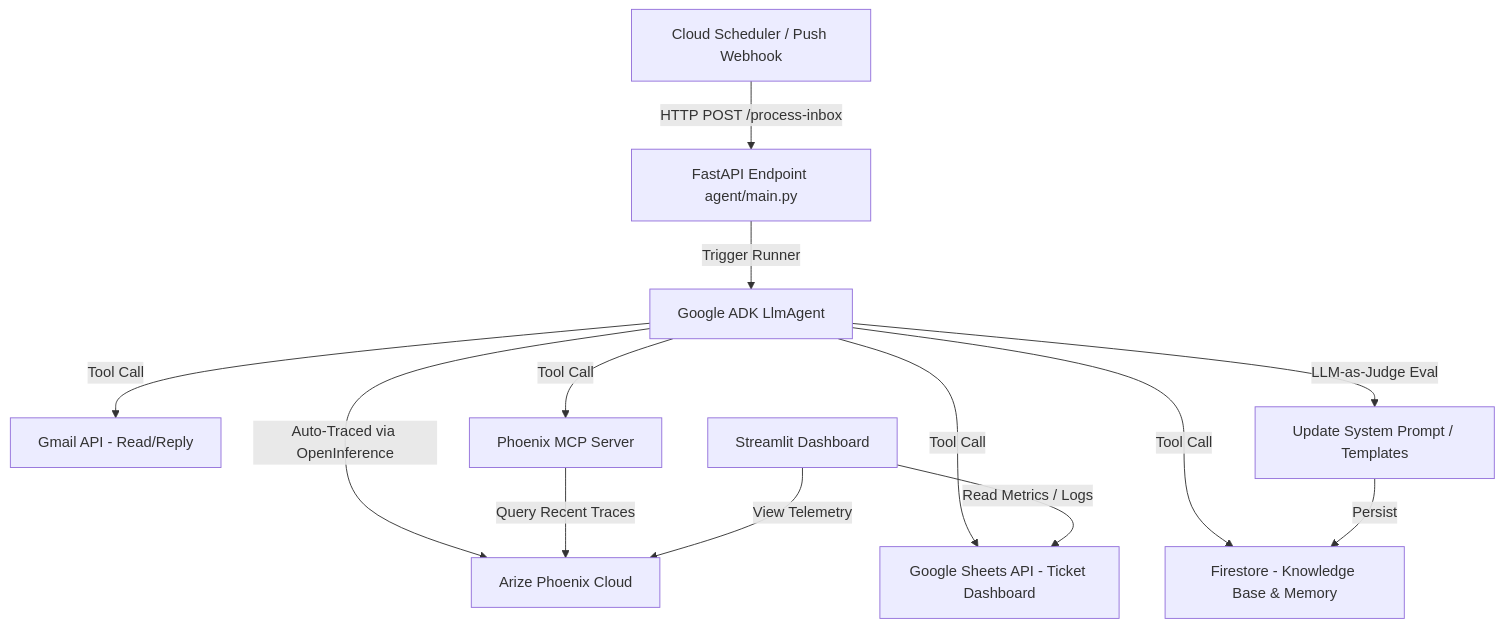
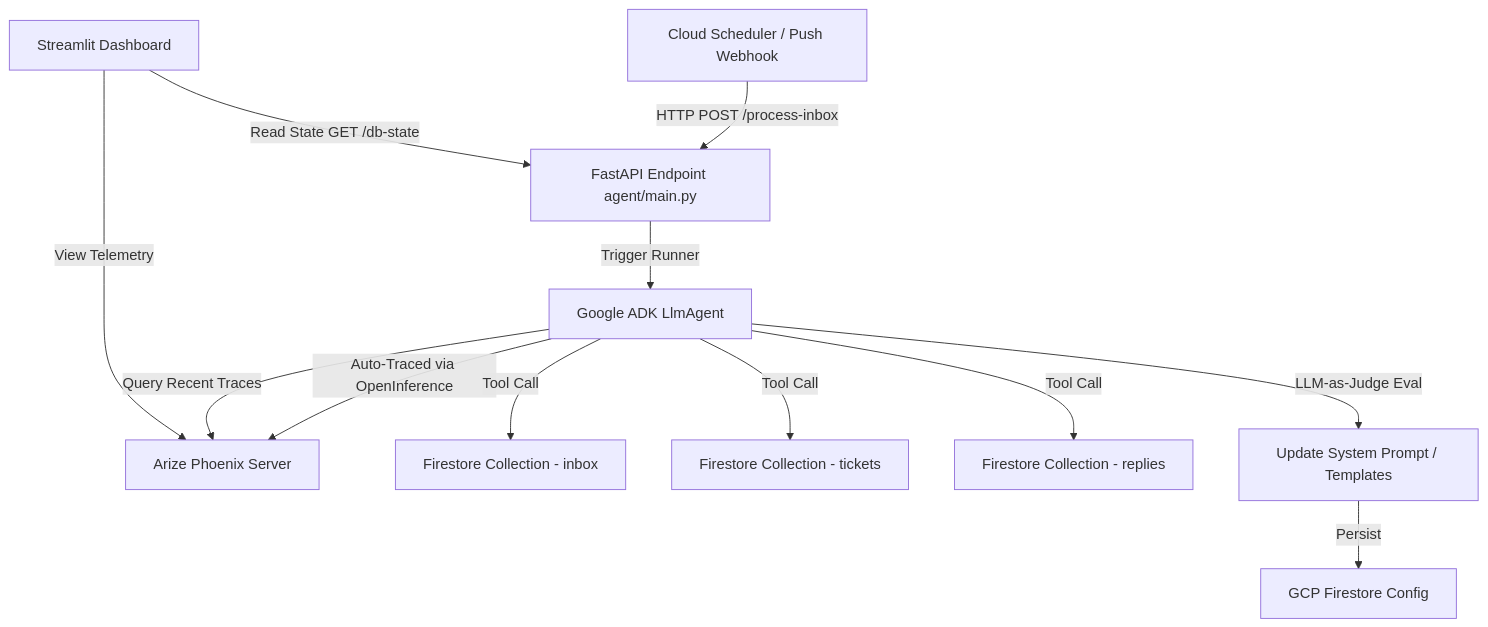
One commit to kunalkukrejadotcom/autonomous-it-support-inbox-guardian changed the diagram in README.md. Above: the diagram before and after it, drawn with Mermaid. The commit also changed other lines of this file, not shown here.

````diff
--- a/README.md
+++ b/README.md
@@ -58,16 +57,15 @@
 ```mermaid
 graph TD
     A[Cloud Scheduler / Push Webhook] -->|HTTP POST /process-inbox| B[FastAPI Endpoint agent/main.py]
     B -->|Trigger Runner| C[Google ADK LlmAgent]
-    C -->|Auto-Traced via OpenInference| D[Arize Phoenix Cloud]
-    C -->|Tool Call| E[Gmail API - Read/Reply]
-    C -->|Tool Call| F[Google Sheets API - Ticket Dashboard]
-    C -->|Tool Call| G[Firestore - Knowledge Base & Memory]
-    C -->|Tool Call| H[Phoenix MCP Server]
-    H -->|Query Recent Traces| D
+    C -->|Auto-Traced via OpenInference| D[Arize Phoenix Server]
+    C -->|Tool Call| E[Firestore Collection - inbox]
+    C -->|Tool Call| F[Firestore Collection - tickets]
+    C -->|Tool Call| G[Firestore Collection - replies]
+    C -->|Query Recent Traces| D
     C -->|LLM-as-Judge Eval| I[Update System Prompt / Templates]
-    I -->|Persist| G
+    I -->|Persist| H[GCP Firestore Config]
     
-    J[Streamlit Dashboard] -->|Read Metrics / Logs| F
+    J[Streamlit Dashboard] -->|Read State GET /db-state| B
     J -->|View Telemetry| D
 ```
````
